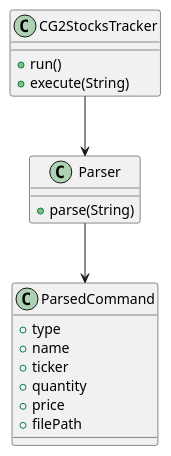
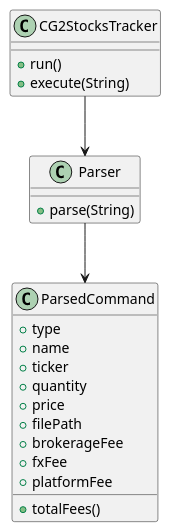
Before and after one commit to joeLku1/tp: the second of 8 diagrams in docs/DeveloperGuide.md, drawn with PlantUML. The commit also changed other lines of this file, not shown here.

````diff
--- a/docs/DeveloperGuide.md
+++ b/docs/DeveloperGuide.md
@@ -292,24 +300,28 @@
 ```plantuml
 @startuml
 class CG2StocksTracker {
     +run()
     +execute(String)
 }
 
 class Parser {
     +parse(String)
 }
 
 class ParsedCommand {
     +type
     +name
     +ticker
     +quantity
     +price
     +filePath
+    +brokerageFee
+    +fxFee
+    +platformFee
+    +totalFees()
 }
 
 CG2StocksTracker --> Parser
 Parser --> ParsedCommand
 @enduml
 ```
````
